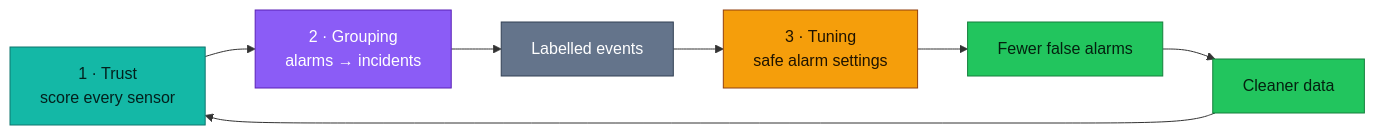
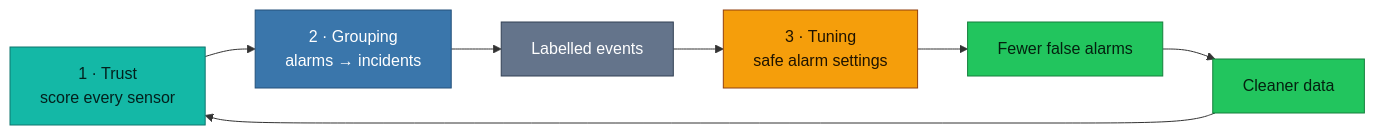
One commit to kiruthikpurpose/DeltaTrace changed the second of 8 diagrams in README.md. Above: the diagram before and after it, drawn with Mermaid. The commit also changed other lines of this file and 29 other files, not shown here.

First line of the commit message:
Redesign: neutral SCADA palette, diagram fixes, responsive layout, PDF reports

````diff
--- a/README.md
+++ b/README.md
@@ -48,14 +48,14 @@
 ```mermaid
 flowchart LR
   T[ 1 · Trust<br/>score every sensor]:::trust --> G[ 2 · Grouping<br/>alarms → incidents]:::group
   G --> L[ Labelled events]:::neutral
   L --> U[ 3 · Tuning<br/>safe alarm settings]:::tune
   U --> R[ Fewer false alarms]:::ok
   R --> D[ Cleaner data]:::ok
   D --> T
   classDef trust fill:#14b8a6,stroke:#0f766e,color:#03201d
-  classDef group fill:#8b5cf6,stroke:#5b21b6,color:#fff
+  classDef group fill:#3a76ab,stroke:#24517a,color:#fff
   classDef tune fill:#f59e0b,stroke:#92400e,color:#1f1300
   classDef ok fill:#22c55e,stroke:#15803d,color:#04210f
   classDef neutral fill:#64748b,stroke:#334155,color:#fff
 ```
````
